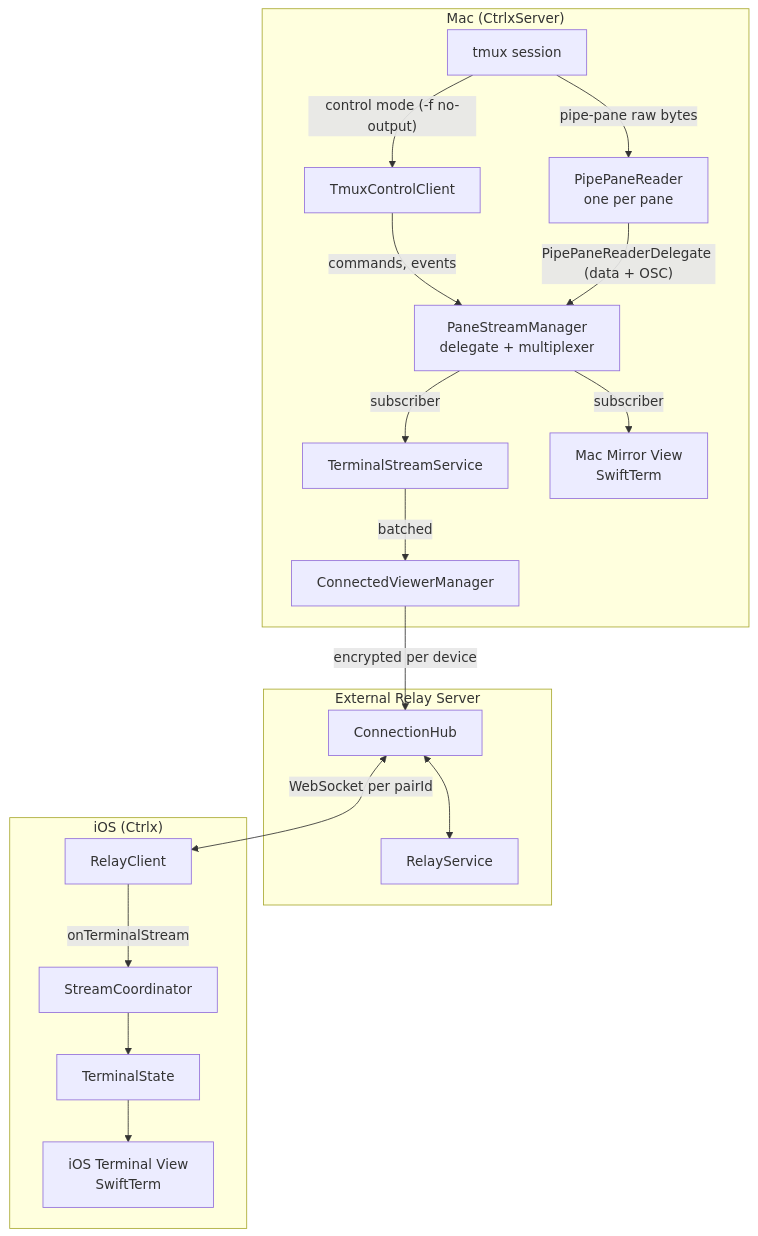
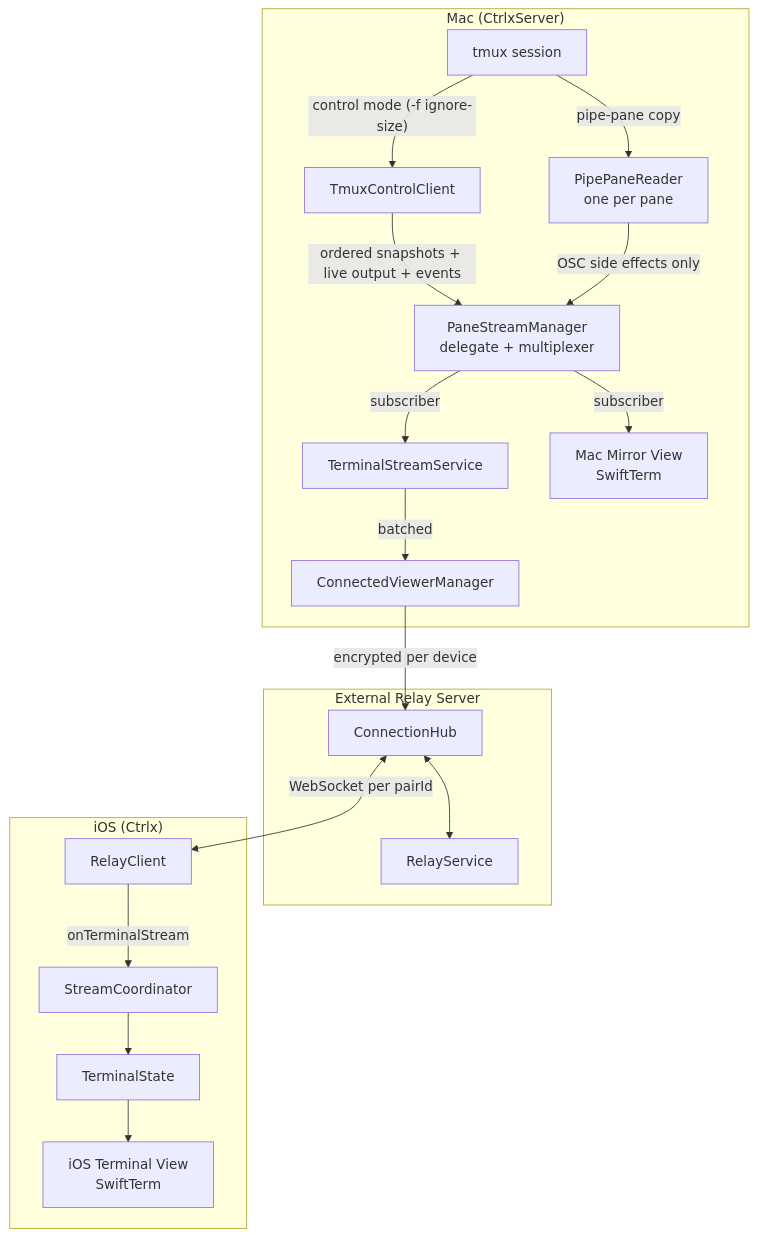
One commit to jicezeng/ctrlx changed the first of 12 diagrams in docs/streaming-architecture.md. Above: the diagram before and after it, drawn with Mermaid. The commit also changed other lines of this file and 13 other files, not shown here.

Commit message:
fix(stream): order snapshots with live pane output

````diff
--- a/docs/streaming-architecture.md
+++ b/docs/streaming-architecture.md
@@ -7,38 +7,38 @@
 ```mermaid
 graph TB
     subgraph Mac["Mac (CtrlxServer)"]
         TMUX[tmux session]
         TCC[TmuxControlClient]
         PPR[PipePaneReader<br/>one per pane]
         PSM[PaneStreamManager<br/>delegate + multiplexer]
         TSS[TerminalStreamService]
         DCM[ConnectedViewerManager]
         MV[Mac Mirror View<br/>SwiftTerm]
     end
 
     subgraph Server["External Relay Server"]
         CH[ConnectionHub]
         RS[RelayService]
     end
 
     subgraph iOS["iOS (Ctrlx)"]
         RC[RelayClient]
         SC[StreamCoordinator]
         TS[TerminalState]
         IV[iOS Terminal View<br/>SwiftTerm]
     end
 
-    TMUX -->|"control mode (-f no-output)"| TCC
-    TCC -->|commands, events| PSM
-    TMUX -->|"pipe-pane raw bytes"| PPR
-    PPR -->|"PipePaneReaderDelegate (data + OSC)"| PSM
+    TMUX -->|"control mode (-f ignore-size)"| TCC
+    TCC -->|"ordered snapshots + live output + events"| PSM
+    TMUX -->|"pipe-pane copy"| PPR
+    PPR -->|"OSC side effects only"| PSM
     PSM -->|subscriber| MV
     PSM -->|subscriber| TSS
     TSS -->|batched| DCM
     DCM -->|encrypted per device| CH
     CH <--> RS
     CH <-->|WebSocket per pairId| RC
     RC -->|onTerminalStream| SC
     SC --> TS
     TS --> IV
 ```
````
